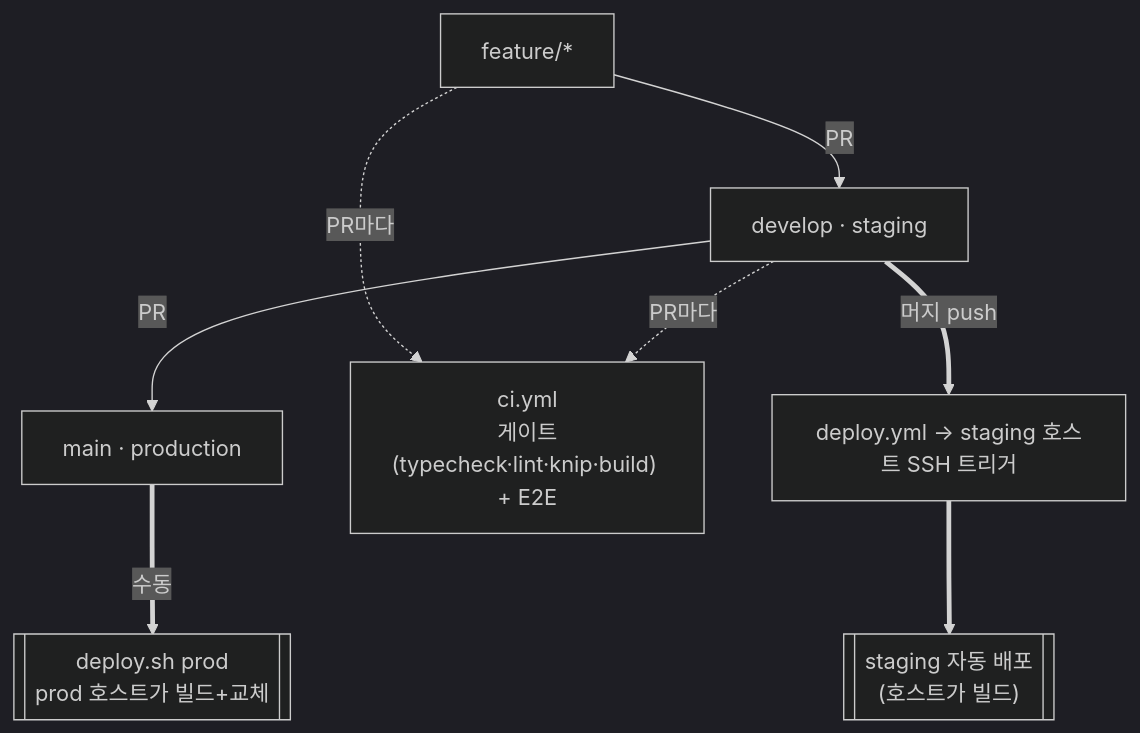
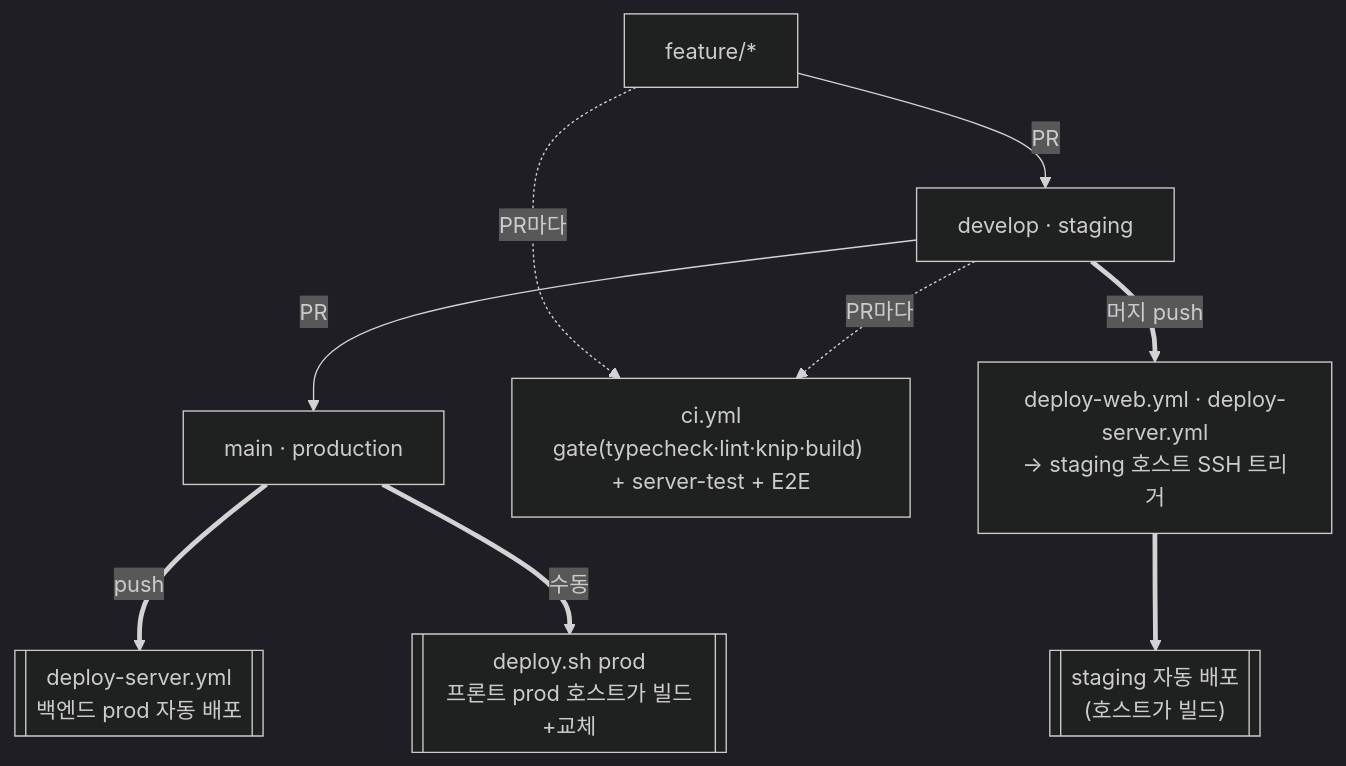
Before and after one commit to wafflestudio/cse.snu.ac.kr: the second of 2 diagrams in README.md, drawn with Mermaid (dark theme). The commit also changed other lines of this file and 21 other files, not shown here.

````diff
--- a/README.md
+++ b/README.md
@@ -103,12 +109,13 @@
 ```mermaid
 flowchart TD
   feat["feature/*"] -->|"PR"| dev["develop · staging"]
   dev -->|"PR"| main["main · production"]
 
   feat -. "PR마다" .-> ci
   dev -. "PR마다" .-> ci
-  ci["ci.yml<br/>게이트(typecheck·lint·knip·build) + E2E"]
+  ci["ci.yml<br/>gate(typecheck·lint·knip·build) + server-test + E2E"]
 
-  dev ==>|"머지 push"| dstg["deploy.yml → staging 호스트 SSH 트리거"] ==> stg[["staging 자동 배포<br/>(호스트가 빌드)"]]
-  main ==>|"수동"| prd[["deploy.sh prod<br/>prod 호스트가 빌드+교체"]]
+  dev ==>|"머지 push"| dstg["deploy-web.yml · deploy-server.yml<br/>→ staging 호스트 SSH 트리거"] ==> stg[["staging 자동 배포<br/>(호스트가 빌드)"]]
+  main ==>|"push"| dsrv[["deploy-server.yml<br/>백엔드 prod 자동 배포"]]
+  main ==>|"수동"| prd[["deploy.sh prod<br/>프론트 prod 호스트가 빌드+교체"]]
 ```
````
